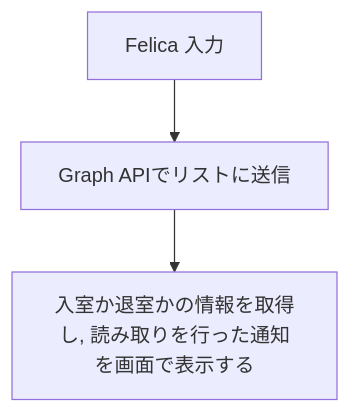
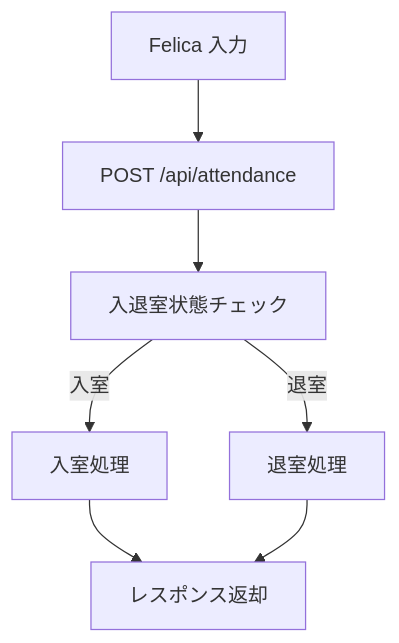
One commit to KazumasaFUJIWARA/AttendanceManager changed the first of 2 diagrams in README.md. Above: the diagram before and after it, drawn with Mermaid. The commit also changed other lines of this file and 11 other files, not shown here.

````diff
--- a/README.md
+++ b/README.md
@@ -10,5 +66,9 @@
 ```mermaid
 graph TD;
-	INPUT["Felica 入力"]-->POST["Graph APIでリストに送信"]
-	POST-->STATUS["入室か退室かの情報を取得し, 読み取りを行った通知を画面で表示する"]
+	INPUT["Felica 入力"] --> POST["POST /api/attendance"]
+	POST --> CHECK["入退室状態チェック"]
+	CHECK --> |入室|ENTRY["入室処理"]
+	CHECK --> |退室|EXIT["退室処理"]
+	ENTRY --> RESPONSE["レスポンス返却"]
+	EXIT --> RESPONSE
 ```
````
